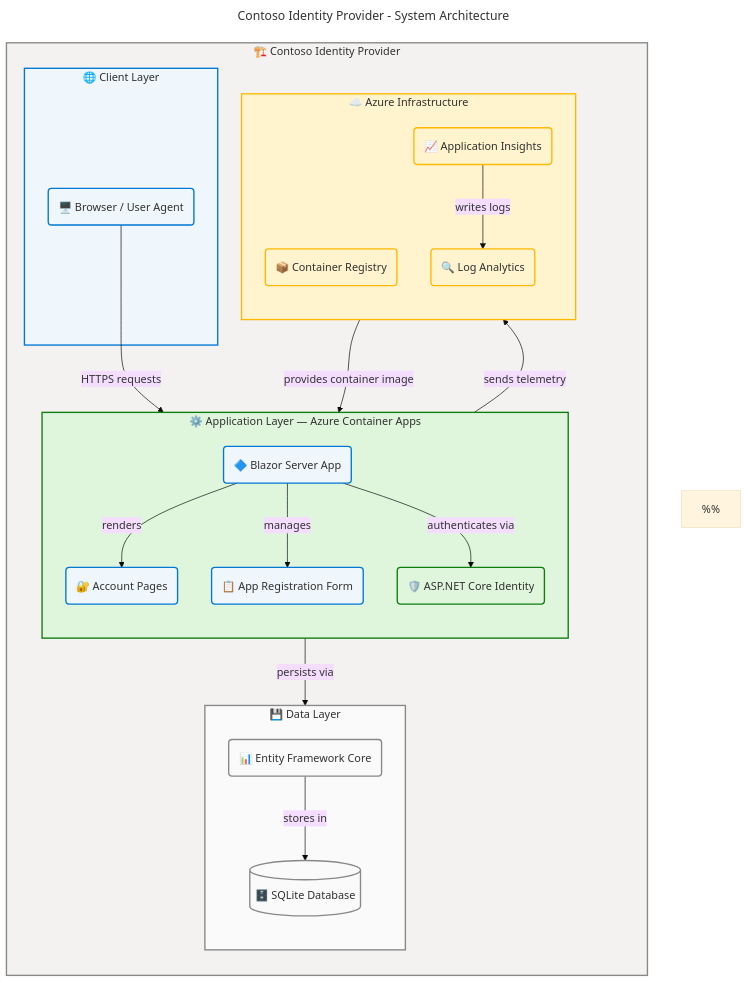
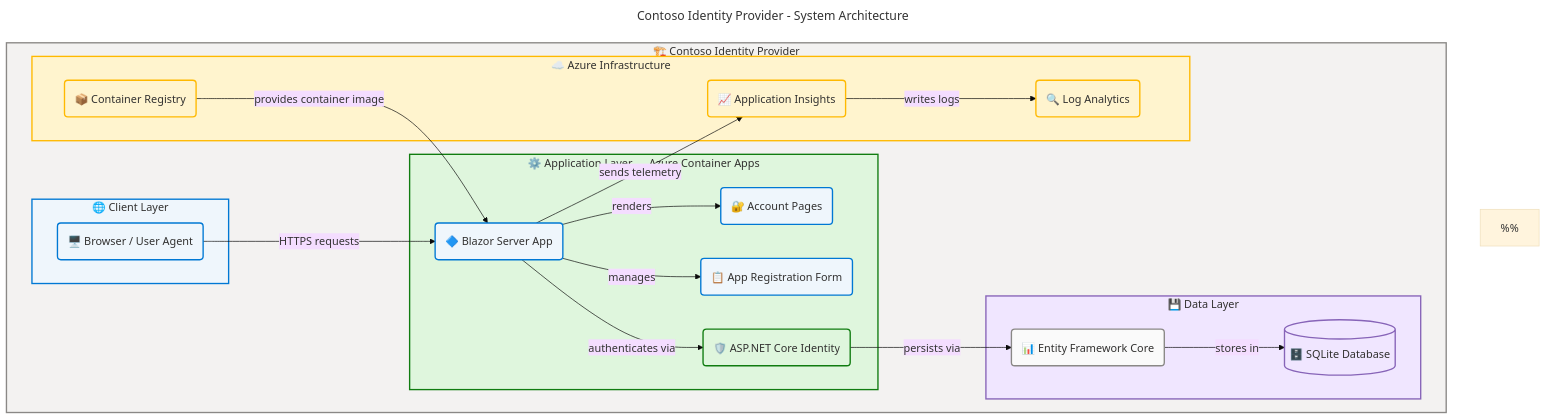
One commit to Evilazaro/IdentityProvider changed the diagram in README.md. Above: the diagram before and after it, drawn with Mermaid.

Commit message:
fix: enhance architecture diagram descriptions and styling for clarity

````diff
--- a/README.md
+++ b/README.md
@@ -39,76 +39,75 @@
 ```mermaid
 ---
 title: "Contoso Identity Provider - System Architecture"
 config:
   theme: base
   look: classic
   layout: dagre
   themeVariables:
     fontSize: '16px'
+  flowchart:
+    htmlLabels: true
 ---
 flowchart TB
     accTitle: Contoso Identity Provider - System Architecture
-    accDescr: Layered architecture showing a browser client connecting via HTTPS to a Blazor Server app hosted in Azure Container Apps, which uses ASP.NET Core Identity for authentication, Entity Framework Core for data access, SQLite for storage, Azure Container Registry for image hosting, and Application Insights plus Log Analytics for monitoring. WCAG AA compliant.
+    accDescr: Layered architecture showing Browser/User Agent (core) connecting via HTTPS to Blazor Server App (core) hosted in Azure Container Apps, which renders Account Pages (core) and manages App Registration Form (core), authenticates via ASP.NET Core Identity (success), persists data via Entity Framework Core (neutral) and SQLite Database (data), and delivers telemetry to Application Insights (warning) and Log Analytics (warning) via Container Registry (warning). WCAG AA compliant.
 
     %%
     %% AZURE / FLUENT ARCHITECTURE PATTERN v2.0
     %% (Semantic + Structural + Font + Accessibility Governance)
     %%
     %% PHASE 1 - FLUENT UI: All styling uses approved Fluent UI palette only
     %% PHASE 2 - GROUPS: Every subgraph has semantic color via style directive
     %% PHASE 3 - COMPONENTS: Every node has semantic classDef + icon prefix
     %% PHASE 4 - ACCESSIBILITY: accTitle/accDescr present, WCAG AA contrast
     %% PHASE 5 - STANDARD: Governance block present, classDefs centralized
     %%
 
     subgraph identitySystem["🏗️ Contoso Identity Provider"]
-        direction TB
         subgraph clientLayer["🌐 Client Layer"]
             browser("🖥️ Browser / User Agent"):::core
         end
 
         subgraph appLayer["⚙️ Application Layer — Azure Container Apps"]
-            direction TB
             blazor("🔷 Blazor Server App"):::core
             account("🔐 Account Pages"):::core
             appReg("📋 App Registration Form"):::core
             aspIdentity("🛡️ ASP.NET Core Identity"):::success
         end
 
         subgraph dataLayer["💾 Data Layer"]
-            direction TB
             efcore("📊 Entity Framework Core"):::neutral
-            sqlite[("🗄️ SQLite Database")]:::neutral
+            sqlite[("🗄️ SQLite Database")]:::data
         end
 
         subgraph infraLayer["☁️ Azure Infrastructure"]
-            direction TB
             acr("📦 Container Registry"):::warning
             appInsights("📈 Application Insights"):::warning
             logAnalytics("🔍 Log Analytics"):::warning
         end
 
         browser -->|"HTTPS requests"| blazor
         blazor -->|"renders"| account
         blazor -->|"manages"| appReg
         blazor -->|"authenticates via"| aspIdentity
         aspIdentity -->|"persists via"| efcore
         efcore -->|"stores in"| sqlite
         acr -->|"provides container image"| blazor
         blazor -->|"sends telemetry"| appInsights
         appInsights -->|"writes logs"| logAnalytics
 
     end
 
     style identitySystem fill:#F3F2F1,stroke:#8A8886,stroke-width:2px,color:#323130
     style clientLayer fill:#EFF6FC,stroke:#0078D4,stroke-width:2px,color:#323130
     style appLayer fill:#DFF6DD,stroke:#107C10,stroke-width:2px,color:#323130
-    style dataLayer fill:#FAFAFA,stroke:#8A8886,stroke-width:2px,color:#323130
+    style dataLayer fill:#F0E6FF,stroke:#8764B8,stroke-width:2px,color:#323130
     style infraLayer fill:#FFF4CE,stroke:#FFB900,stroke-width:2px,color:#323130
 
     %% Centralized semantic classDefs (Phase 5 compliant)
     classDef neutral fill:#FAFAFA,stroke:#8A8886,stroke-width:2px,color:#323130
     classDef core fill:#EFF6FC,stroke:#0078D4,stroke-width:2px,color:#323130
     classDef success fill:#DFF6DD,stroke:#107C10,stroke-width:2px,color:#323130
     classDef warning fill:#FFF4CE,stroke:#FFB900,stroke-width:2px,color:#323130
+    classDef data fill:#F0E6FF,stroke:#8764B8,stroke-width:2px,color:#323130
 ```
````
